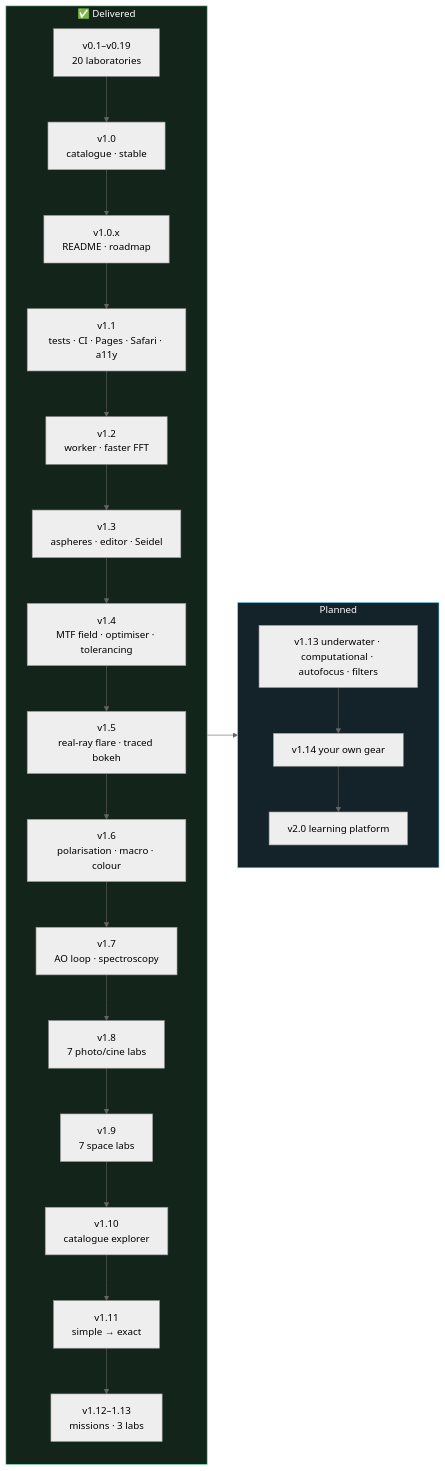
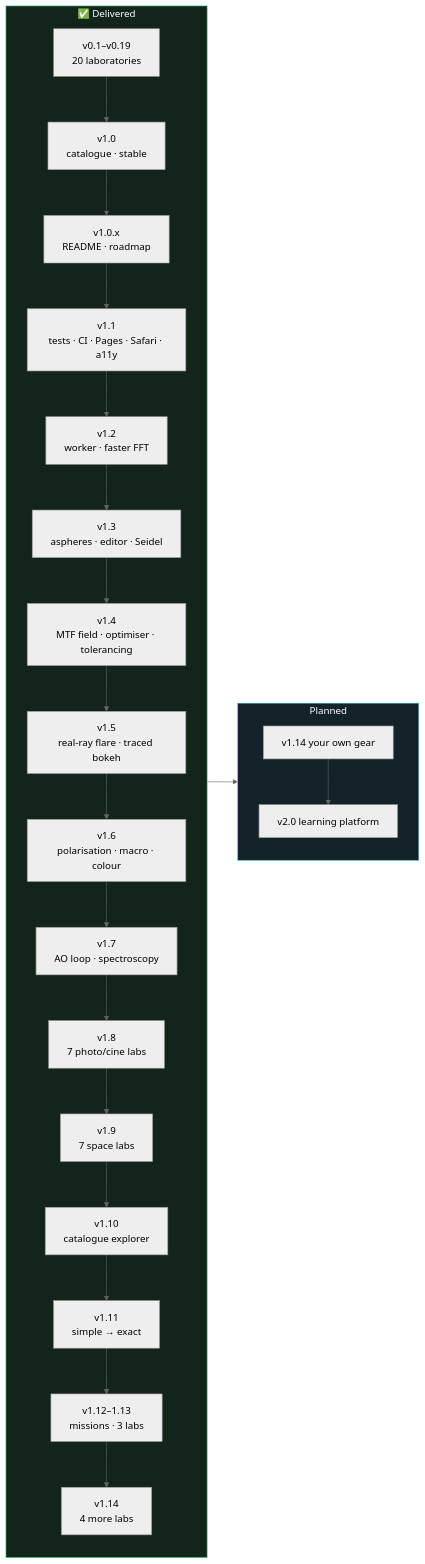
One commit to iiogurt/Optica_Viva changed the diagram in ROADMAP.md. Above: the diagram before and after it, drawn with Mermaid (neutral theme). The commit also changed other lines of this file and 3 other files, not shown here.

````diff
--- a/ROADMAP.md
+++ b/ROADMAP.md
@@ -57,14 +57,14 @@
 ```mermaid
 flowchart LR
     subgraph Done["✅ Delivered"]
         direction TB
-        D0["v0.1–v0.19<br/>20 laboratories"] --> D1["v1.0<br/>catalogue · stable"] --> D2["v1.0.x<br/>README · roadmap"] --> D3["v1.1<br/>tests · CI · Pages · Safari · a11y"] --> D4["v1.2<br/>worker · faster FFT"] --> D5["v1.3<br/>aspheres · editor · Seidel"] --> D6["v1.4<br/>MTF field · optimiser · tolerancing"] --> D7["v1.5<br/>real-ray flare · traced bokeh"] --> D8["v1.6<br/>polarisation · macro · colour"] --> D9["v1.7<br/>AO loop · spectroscopy"] --> D10["v1.8<br/>7 photo/cine labs"] --> D11["v1.9<br/>7 space labs"] --> D12["v1.10<br/>catalogue explorer"] --> D13["v1.11<br/>simple → exact"] --> D14["v1.12–1.13<br/>missions · 3 labs"]
+        D0["v0.1–v0.19<br/>20 laboratories"] --> D1["v1.0<br/>catalogue · stable"] --> D2["v1.0.x<br/>README · roadmap"] --> D3["v1.1<br/>tests · CI · Pages · Safari · a11y"] --> D4["v1.2<br/>worker · faster FFT"] --> D5["v1.3<br/>aspheres · editor · Seidel"] --> D6["v1.4<br/>MTF field · optimiser · tolerancing"] --> D7["v1.5<br/>real-ray flare · traced bokeh"] --> D8["v1.6<br/>polarisation · macro · colour"] --> D9["v1.7<br/>AO loop · spectroscopy"] --> D10["v1.8<br/>7 photo/cine labs"] --> D11["v1.9<br/>7 space labs"] --> D12["v1.10<br/>catalogue explorer"] --> D13["v1.11<br/>simple → exact"] --> D14["v1.12–1.13<br/>missions · 3 labs"] --> D15["v1.14<br/>4 more labs"]
     end
     subgraph Next["Planned"]
         direction TB
-        N9["v1.13 underwater · computational · autofocus · filters"] --> N10["v1.14 your own gear"] --> N7["v2.0 learning platform"]
+        N10["v1.14 your own gear"] --> N7["v2.0 learning platform"]
     end
     Done --> Next
     style Done fill:#13241b,stroke:#6be3a4,color:#fff
     style Next fill:#14222a,stroke:#6ad7ff,color:#fff
 ```
````
